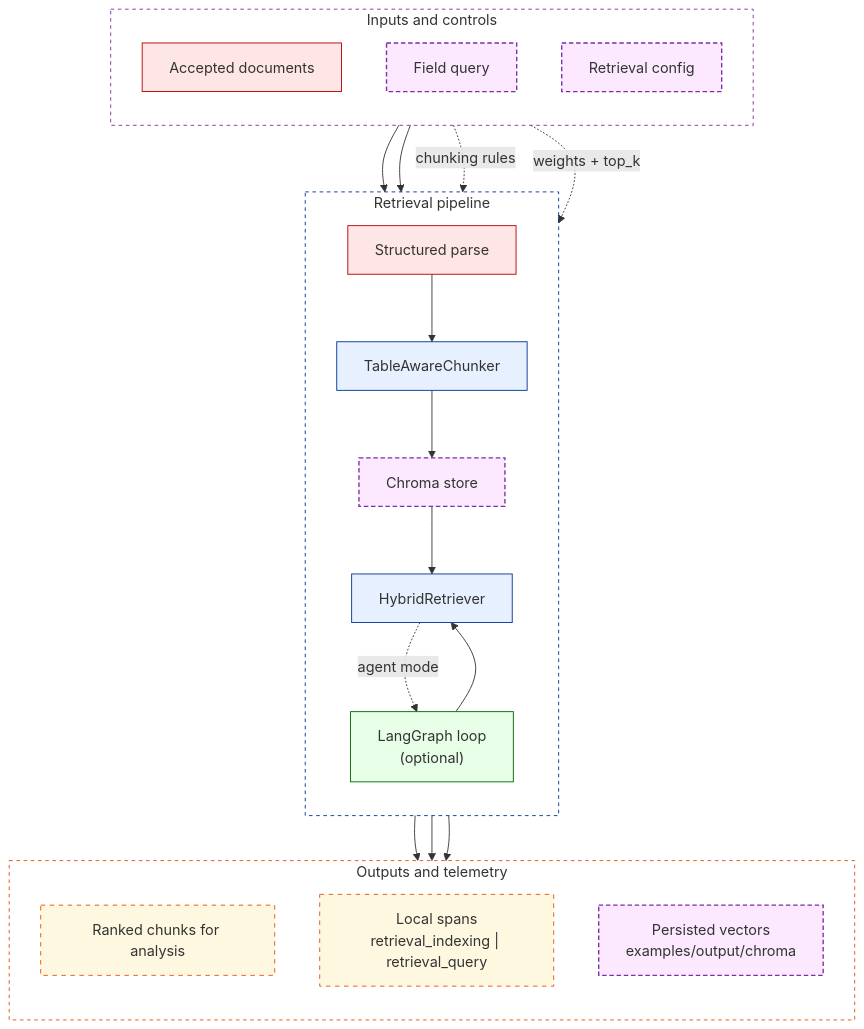
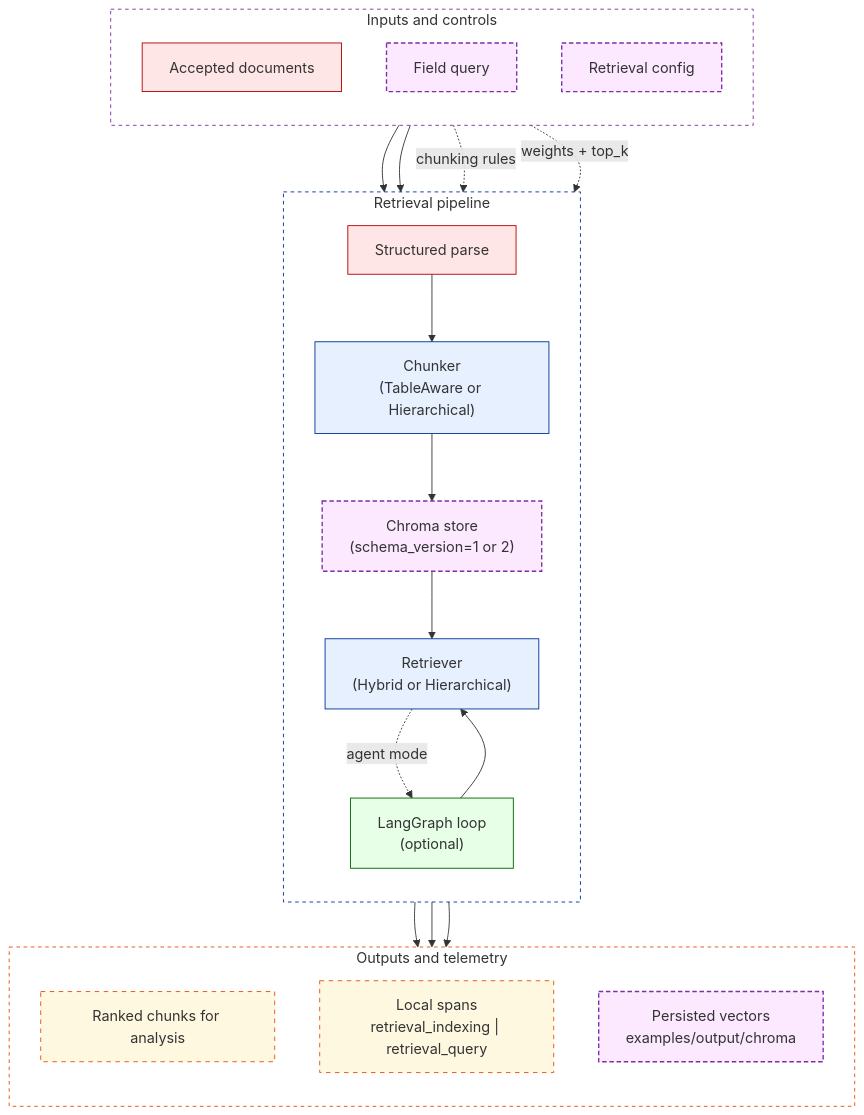
The first of 2 diagrams in docs/retrieval.md (tinnlo/evidence-enrichment-engine), drawn with Mermaid before and after one commit. The commit also changed other lines of this file and 13 other files, not shown here.

````diff
--- a/docs/retrieval.md
+++ b/docs/retrieval.md
@@ -9,47 +9,47 @@
 ```mermaid
 graph TD
 
 subgraph INPUTS["Inputs and controls"]
   direction TB
   D["Accepted documents"]:::bronze
   Q["Field query"]:::external
   C["Retrieval config"]:::external
 end
 
 subgraph RET["Retrieval pipeline"]
   direction TB
   P["Structured parse"]:::bronze
-  CH["TableAwareChunker"]:::silver
-  VS["Chroma store"]:::external
-  HR["HybridRetriever"]:::silver
+  CH["Chunker<br/>(TableAware or Hierarchical)"]:::silver
+  VS["Chroma store<br/>(schema_version=1 or 2)"]:::external
+  HR["Retriever<br/>(Hybrid or Hierarchical)"]:::silver
   AG["LangGraph loop<br/>(optional)"]:::golden
 end
 
 subgraph OUTPUTS["Outputs and telemetry"]
   direction TB
   O1["Ranked chunks for analysis"]:::artifact
   O2["Local spans<br/>retrieval_indexing | retrieval_query"]:::artifact
   O3["Persisted vectors<br/>examples/output/chroma"]:::external
 end
 
 D --> P --> CH --> VS
 Q --> HR
 VS --> HR
 C -. "chunking rules" .-> CH
 C -. "weights + top_k" .-> HR
 HR --> O1
 HR --> O2
 VS --> O3
 HR -. "agent mode" .-> AG
 AG --> HR
 
 classDef bronze fill:#ffe6e6,stroke:#b30000,stroke-width:1px
 classDef silver fill:#e6f0ff,stroke:#003399,stroke-width:1px
 classDef golden fill:#e6ffe6,stroke:#006400,stroke-width:1px
 classDef external fill:#fce8ff,stroke:#7b2fa8,stroke-width:1.5px,stroke-dasharray:5 3
 classDef artifact fill:#fff8e1,stroke:#e65100,stroke-width:1px,stroke-dasharray:5 5
 
 style INPUTS fill:transparent,stroke:#7b2fa8,stroke-width:1px,stroke-dasharray:4 4
 style RET fill:transparent,stroke:#003399,stroke-width:1px,stroke-dasharray:4 4
 style OUTPUTS fill:transparent,stroke:#e65100,stroke-width:1px,stroke-dasharray:4 4
 ```
````
